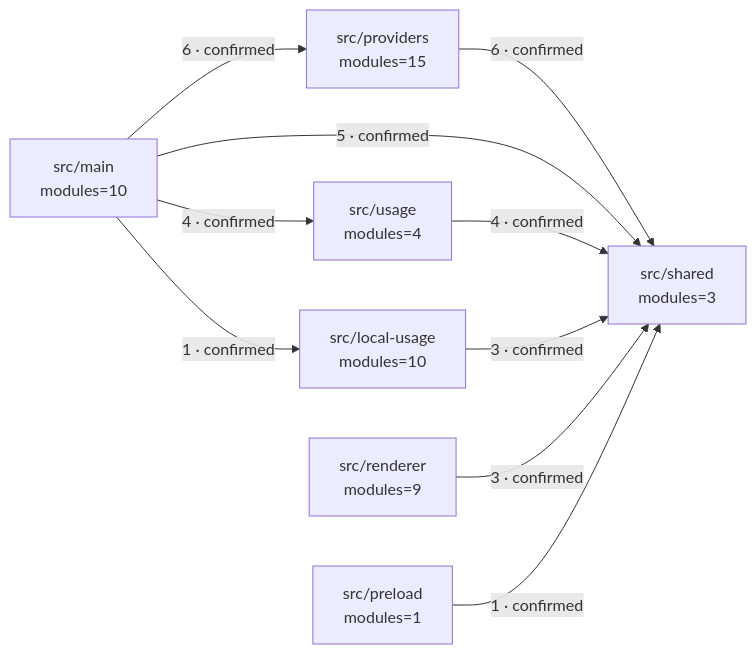
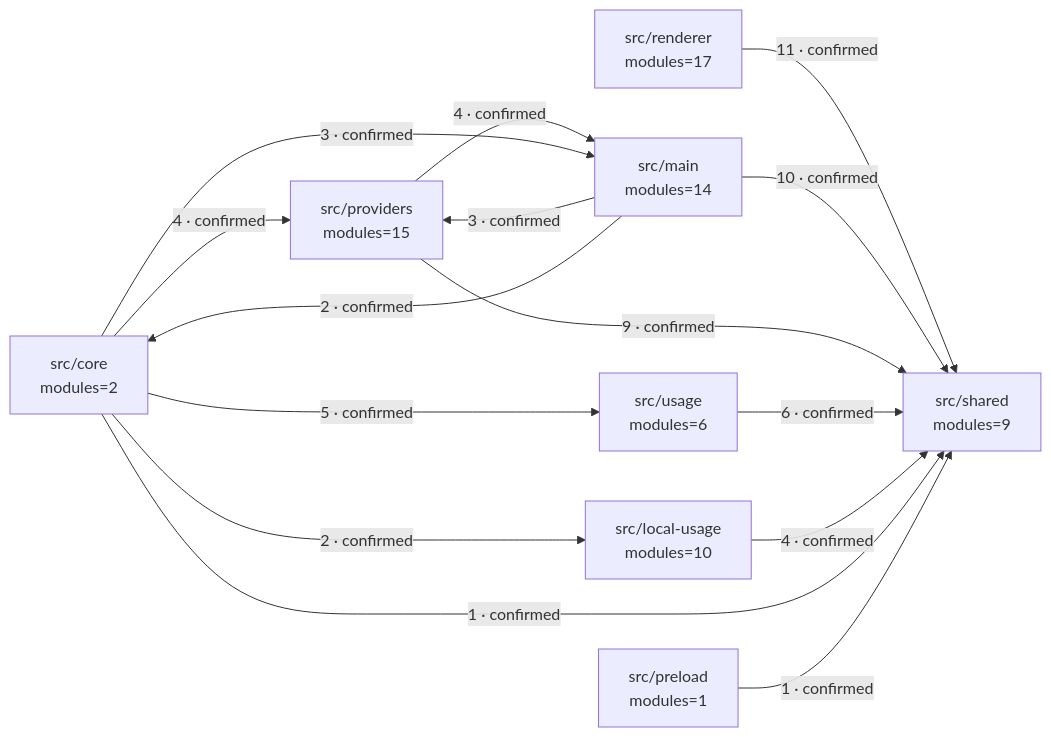
The first of 2 diagrams in docs/architecture-evidence.md (Innnteraction/llm-usage-monitor), drawn with Mermaid before and after one commit. The commit also changed other lines of this file and 1 other file, not shown here.

First line of the commit message:
docs(architecture): 이중 런타임 경계와 검증 공백 재평가

````diff
--- a/docs/architecture-evidence.md
+++ b/docs/architecture-evidence.md
@@ -107,19 +109,25 @@
 ```mermaid
 flowchart LR
-  b0["src/local-usage<br/>modules=10"]
-  b1["src/main<br/>modules=10"]
-  b2["src/preload<br/>modules=1"]
-  b3["src/providers<br/>modules=15"]
-  b4["src/renderer<br/>modules=9"]
-  b5["src/shared<br/>modules=3"]
-  b6["src/usage<br/>modules=4"]
-  b1 -->|"6 · confirmed"| b3
-  b3 -->|"6 · confirmed"| b5
-  b1 -->|"5 · confirmed"| b5
+  b0["src/core<br/>modules=2"]
+  b1["src/local-usage<br/>modules=10"]
+  b2["src/main<br/>modules=14"]
+  b3["src/preload<br/>modules=1"]
+  b4["src/providers<br/>modules=15"]
+  b5["src/renderer<br/>modules=17"]
+  b6["src/shared<br/>modules=9"]
+  b7["src/usage<br/>modules=6"]
+  b5 -->|"11 · confirmed"| b6
+  b2 -->|"10 · confirmed"| b6
+  b4 -->|"9 · confirmed"| b6
+  b7 -->|"6 · confirmed"| b6
+  b0 -->|"5 · confirmed"| b7
+  b0 -->|"4 · confirmed"| b4
   b1 -->|"4 · confirmed"| b6
-  b6 -->|"4 · confirmed"| b5
-  b0 -->|"3 · confirmed"| b5
-  b4 -->|"3 · confirmed"| b5
-  b1 -->|"1 · confirmed"| b0
-  b2 -->|"1 · confirmed"| b5
+  b4 -->|"4 · confirmed"| b2
+  b0 -->|"3 · confirmed"| b2
+  b2 -->|"3 · confirmed"| b4
+  b0 -->|"2 · confirmed"| b1
+  b2 -->|"2 · confirmed"| b0
+  b0 -->|"1 · confirmed"| b6
+  b3 -->|"1 · confirmed"| b6
 ```
````
